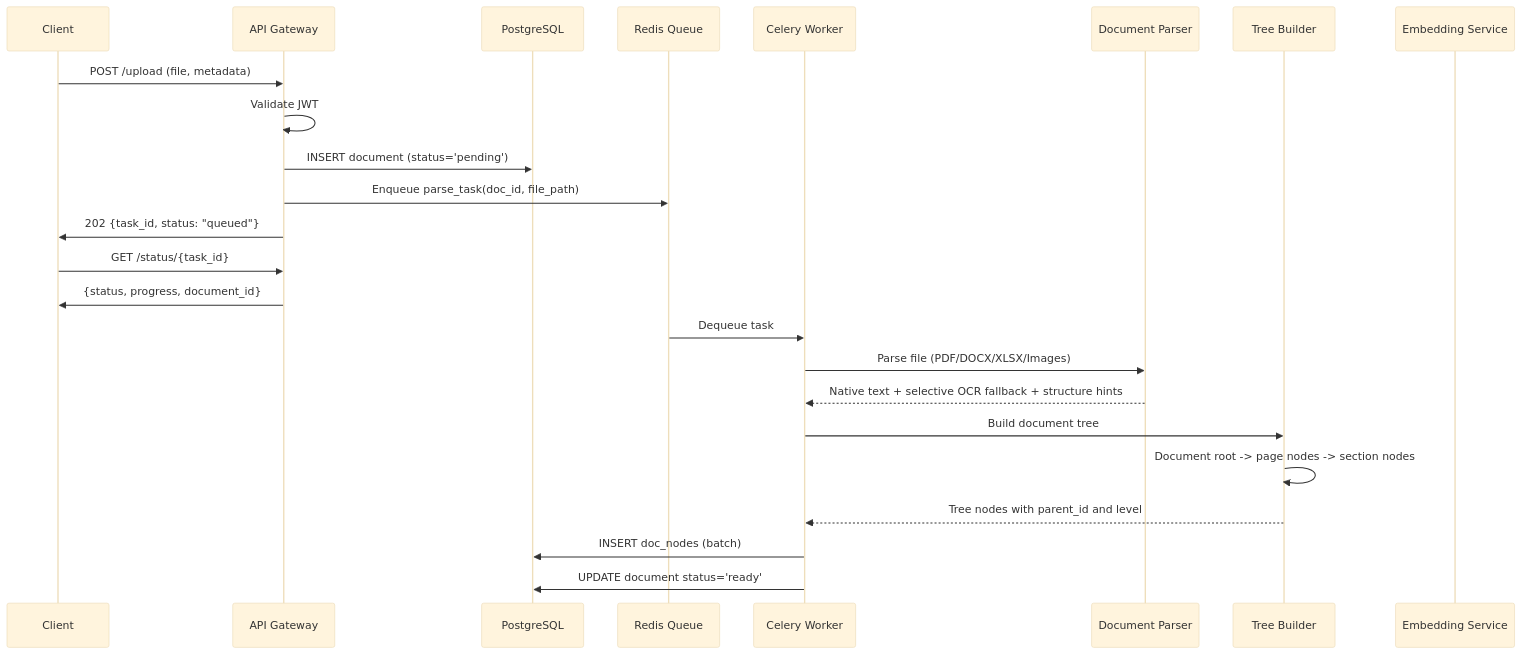
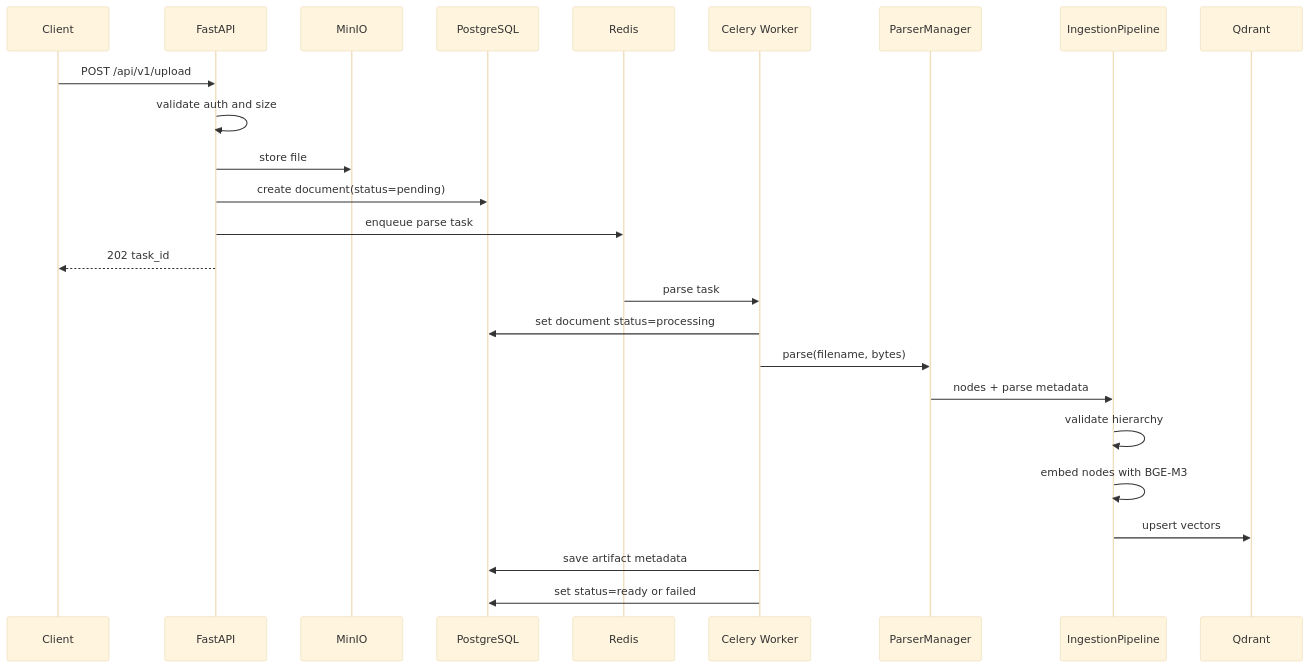
The first of 3 diagrams in docs/03_CORE_WORKFLOWS.md (qtuanph/chatbot-rag), drawn with Mermaid (base theme) before and after one commit. The commit also changed other lines of this file and 43 other files, not shown here.

First line of the commit message:
feat: Implement Qdrant vector store adapter and associated services

````diff
--- a/docs/03_CORE_WORKFLOWS.md
+++ b/docs/03_CORE_WORKFLOWS.md
@@ -7,30 +7,29 @@
 ```mermaid
 sequenceDiagram
-    participant C as Client
-    participant API as API Gateway
+    participant Client
+    participant API as FastAPI
+    participant MinIO
     participant DB as PostgreSQL
-    participant Redis as Redis Queue
+    participant Redis
     participant Worker as Celery Worker
-    participant Parser as Document Parser
-    participant Tree as Tree Builder
-    participant Embed as Embedding Service
+    participant Parser as ParserManager
+    participant Pipeline as IngestionPipeline
+    participant Qdrant
 
-    C->>API: POST /upload (file, metadata)
-    API->>API: Validate JWT
-    API->>DB: INSERT document (status='pending')
-    API->>Redis: Enqueue parse_task(doc_id, file_path)
-    API->>C: 202 {task_id, status: "queued"}
-    C->>API: GET /status/{task_id}
-    API->>C: {status, progress, document_id}
+    Client->>API: POST /api/v1/upload
+    API->>API: validate auth and size
+    API->>MinIO: store file
+    API->>DB: create document(status=pending)
+    API->>Redis: enqueue parse task
+    API-->>Client: 202 task_id
 
-    Redis->>Worker: Dequeue task
-    Worker->>Parser: Parse file (PDF/DOCX/XLSX/Images)
-    Parser-->>Worker: Native text + selective OCR fallback + structure hints
-
-    Worker->>Tree: Build document tree
-    Tree->>Tree: Document root -> page nodes -> section nodes
-    Tree-->>Worker: Tree nodes with parent_id and level
-
-    Worker->>DB: INSERT doc_nodes (batch)
-    Worker->>DB: UPDATE document status='ready'
+    Redis->>Worker: parse task
+    Worker->>DB: set document status=processing
+    Worker->>Parser: parse(filename, bytes)
+    Parser->>Pipeline: nodes + parse metadata
+    Pipeline->>Pipeline: validate hierarchy
+    Pipeline->>Pipeline: embed nodes with BGE-M3
+    Pipeline->>Qdrant: upsert vectors
+    Worker->>DB: save artifact metadata
+    Worker->>DB: set status=ready or failed
 ```
````
